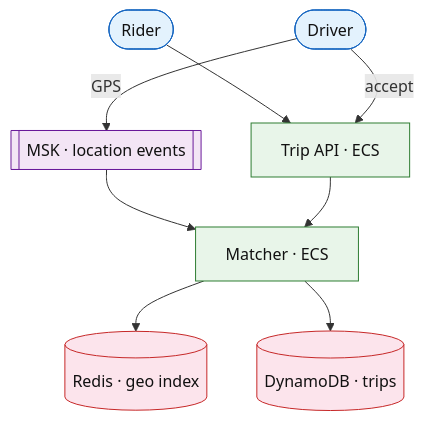
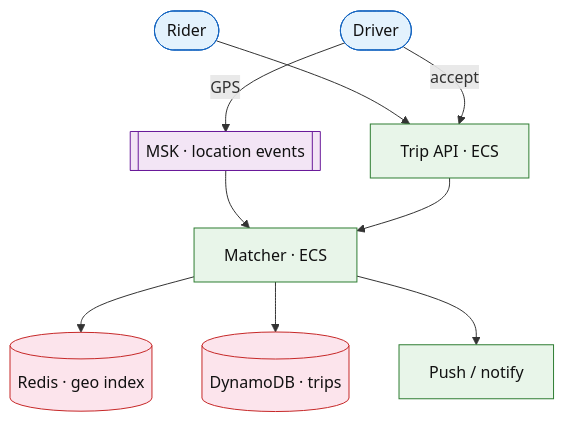
The diagram in system-design/examples/logistics/rideshare-matching.md (gardusig/interview), drawn with Mermaid before and after one commit. The commit also changed other lines of this file and 194 other files, not shown here.

````diff
--- a/system-design/examples/logistics/rideshare-matching.md
+++ b/system-design/examples/logistics/rideshare-matching.md
@@ -45,27 +55,28 @@
 ```mermaid
 flowchart TB
  rider([Rider])
  driver([Driver])
  api[Trip API · ECS]
  matcher[Matcher · ECS]
  geo[(Redis · geo index)]
  trips[(DynamoDB · trips)]
  loc[[MSK · location events]]
+ push[Push / notify]
 
  rider --> api
  driver -->|GPS| loc --> matcher
  api --> matcher
  matcher --> geo
  matcher --> trips
+ matcher --> push
  driver -->|accept| api
 
  classDef user fill:#e3f2fd,#42a5f5,stroke:#1565c0,color:#111
- classDef edge fill:#fff8e1,#ffb74d,stroke:#ef6c00,color:#111
  classDef app fill:#e8f5e9,#66bb6a,stroke:#2e7d32,color:#111
  classDef data fill:#fce4ec,#ef5350,stroke:#c62828,color:#111
  classDef async fill:#f3e5f5,#ab47bc,stroke:#6a1b9a,color:#111
  class rider,driver user
- class api,matcher app
+ class api,matcher,push app
  class geo,trips data
  class loc async
 ```
````
